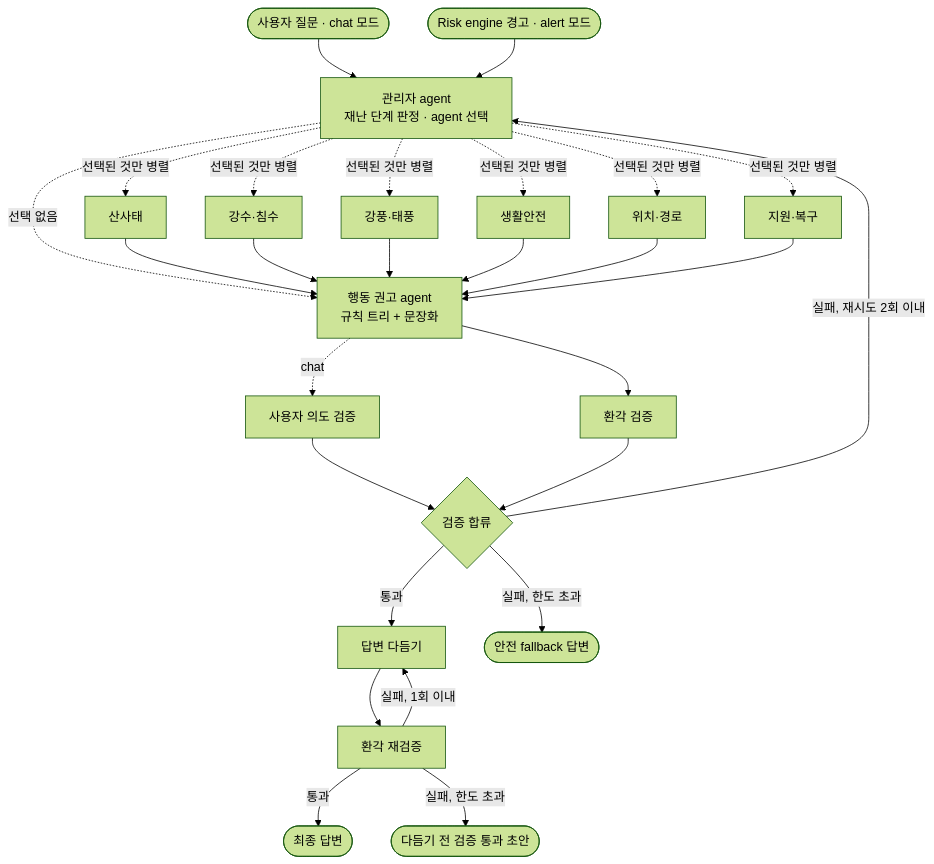
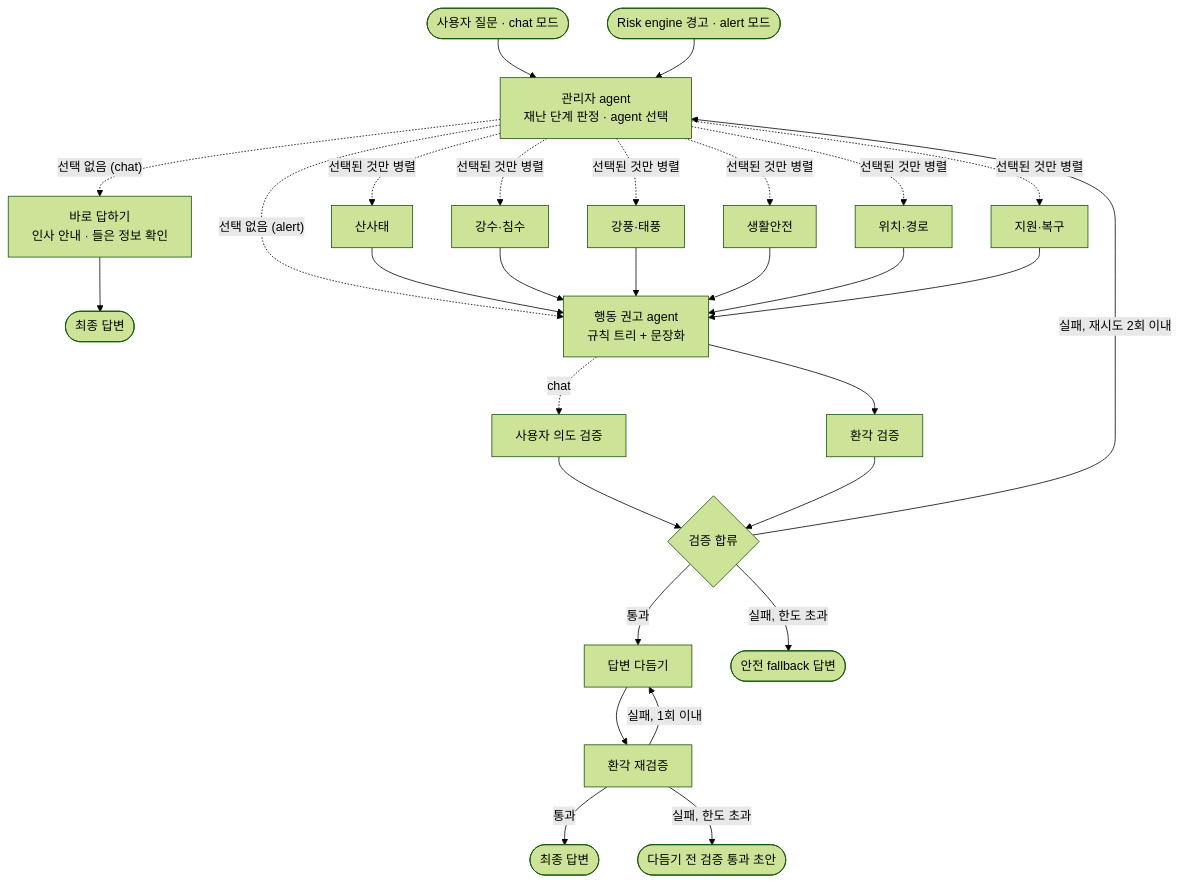
One commit to kimking73/guryongpo-safety-agent changed the first of 2 diagrams in ai/docs/agent-design.md. Above: the diagram before and after it, drawn with Mermaid (forest theme). The commit also changed other lines of this file and 10 other files, not shown here.

````diff
--- a/ai/docs/agent-design.md
+++ b/ai/docs/agent-design.md
@@ -12,19 +12,20 @@
 ```mermaid
 flowchart TD
     IN([사용자 질문 · chat 모드]) --> M
     EV([Risk engine 경고 · alert 모드]) --> M
     M[관리자 agent<br/>재난 단계 판정 · agent 선택]
     M -. 선택된 것만 병렬 .-> L[산사태] & R[강수·침수] & W[강풍·태풍] & S[생활안전] & P[위치·경로] & RS[지원·복구]
-    M -. 선택 없음 .-> A
+    M -. 선택 없음 (chat) .-> D[바로 답하기<br/>인사 안내 · 들은 정보 확인] --> OUT0([최종 답변])
+    M -. 선택 없음 (alert) .-> A
     L & R & W & S & P & RS --> A[행동 권고 agent<br/>규칙 트리 + 문장화]
     A -. chat .-> I[사용자 의도 검증]
     A --> H[환각 검증]
     I & H --> G{검증 합류}
     G -- 통과 --> PO[답변 다듬기]
     G -- 실패, 재시도 2회 이내 --> M
     G -- 실패, 한도 초과 --> FB([안전 fallback 답변])
     PO --> H2[환각 재검증]
     H2 -- 통과 --> OUT([최종 답변])
     H2 -- 실패, 1회 이내 --> PO
     H2 -- 실패, 한도 초과 --> OUT2([다듬기 전 검증 통과 초안])
 ```
````
